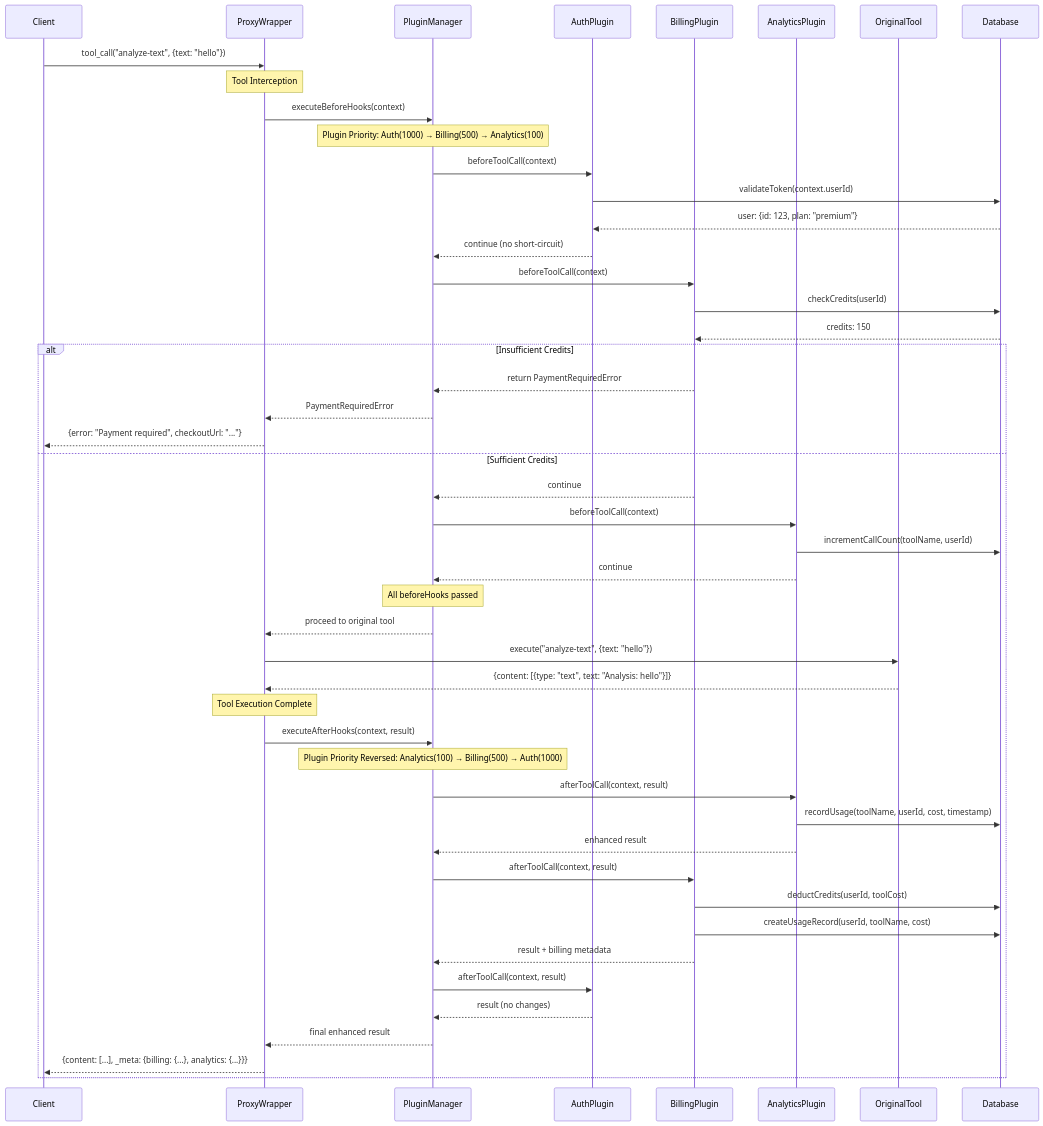
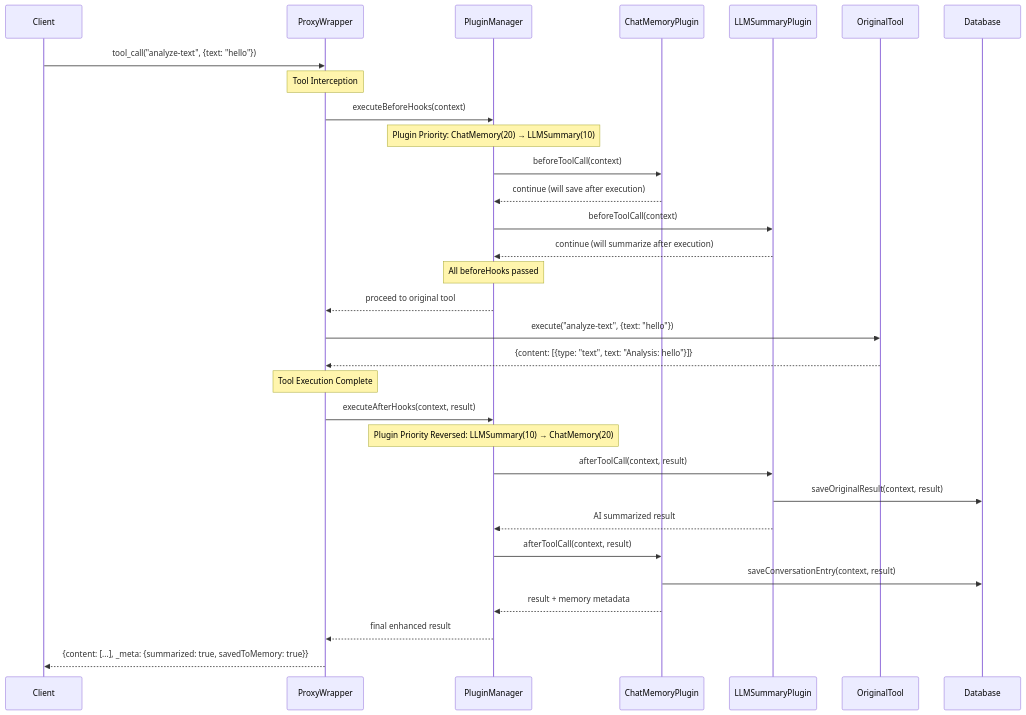
The second of 3 diagrams in docs/pages/architecture.mdx (mcp-plugins/mcp-proxy-wrapper), drawn with Mermaid before and after one commit. The commit also changed other lines of this file and 2 other files, not shown here.

````diff
--- a/docs/pages/architecture.mdx
+++ b/docs/pages/architecture.mdx
@@ -78,65 +72,46 @@
 ```mermaid
 sequenceDiagram
     participant Client
     participant ProxyWrapper
     participant PluginManager
-    participant AuthPlugin
-    participant BillingPlugin
-    participant AnalyticsPlugin
+    participant ChatMemoryPlugin
+    participant LLMSummaryPlugin
     participant OriginalTool
     participant Database
     
     Client->>ProxyWrapper: tool_call("analyze-text", {text: "hello"})
     
     Note over ProxyWrapper: Tool Interception
     ProxyWrapper->>PluginManager: executeBeforeHooks(context)
     
-    Note over PluginManager: Plugin Priority: Auth(1000) → Billing(500) → Analytics(100)
+    Note over PluginManager: Plugin Priority: ChatMemory(20) → LLMSummary(10)
     
-    PluginManager->>AuthPlugin: beforeToolCall(context)
-    AuthPlugin->>Database: validateToken(context.userId)
-    Database-->>AuthPlugin: user: {id: 123, plan: "premium"}
-    AuthPlugin-->>PluginManager: continue (no short-circuit)
+    PluginManager->>ChatMemoryPlugin: beforeToolCall(context)
+    ChatMemoryPlugin-->>PluginManager: continue (will save after execution)
     
-    PluginManager->>BillingPlugin: beforeToolCall(context)
-    BillingPlugin->>Database: checkCredits(userId)
-    Database-->>BillingPlugin: credits: 150
-    
-    alt Insufficient Credits
-        BillingPlugin-->>PluginManager: return PaymentRequiredError
-        PluginManager-->>ProxyWrapper: PaymentRequiredError
-        ProxyWrapper-->>Client: {error: "Payment required", checkoutUrl: "..."}
-    else Sufficient Credits
-        BillingPlugin-->>PluginManager: continue
-        
-        PluginManager->>AnalyticsPlugin: beforeToolCall(context)
-        AnalyticsPlugin->>Database: incrementCallCount(toolName, userId)
-        AnalyticsPlugin-->>PluginManager: continue
+    PluginManager->>LLMSummaryPlugin: beforeToolCall(context)
+    LLMSummaryPlugin-->>PluginManager: continue (will summarize after execution)
         
         Note over PluginManager: All beforeHooks passed
         PluginManager-->>ProxyWrapper: proceed to original tool
         
         ProxyWrapper->>OriginalTool: execute("analyze-text", {text: "hello"})
         OriginalTool-->>ProxyWrapper: {content: [{type: "text", text: "Analysis: hello"}]}
         
         Note over ProxyWrapper: Tool Execution Complete
         ProxyWrapper->>PluginManager: executeAfterHooks(context, result)
         
-        Note over PluginManager: Plugin Priority Reversed: Analytics(100) → Billing(500) → Auth(1000)
+        Note over PluginManager: Plugin Priority Reversed: LLMSummary(10) → ChatMemory(20)
         
-        PluginManager->>AnalyticsPlugin: afterToolCall(context, result)
-        AnalyticsPlugin->>Database: recordUsage(toolName, userId, cost, timestamp)
-        AnalyticsPlugin-->>PluginManager: enhanced result
+        PluginManager->>LLMSummaryPlugin: afterToolCall(context, result)
+        LLMSummaryPlugin->>Database: saveOriginalResult(context, result)
+        LLMSummaryPlugin-->>PluginManager: AI summarized result
         
-        PluginManager->>BillingPlugin: afterToolCall(context, result)
-        BillingPlugin->>Database: deductCredits(userId, toolCost)
-        BillingPlugin->>Database: createUsageRecord(userId, toolName, cost)
-        BillingPlugin-->>PluginManager: result + billing metadata
-        
-        PluginManager->>AuthPlugin: afterToolCall(context, result)
-        AuthPlugin-->>PluginManager: result (no changes)
+        PluginManager->>ChatMemoryPlugin: afterToolCall(context, result)
+        ChatMemoryPlugin->>Database: saveConversationEntry(context, result)
+        ChatMemoryPlugin-->>PluginManager: result + memory metadata
         
         PluginManager-->>ProxyWrapper: final enhanced result
-        ProxyWrapper-->>Client: {content: [...], _meta: {billing: {...}, analytics: {...}}}
-    end
+        ProxyWrapper-->>Client: {content: [...], _meta: {summarized: true, savedToMemory: true}}
+    
 ```
````
